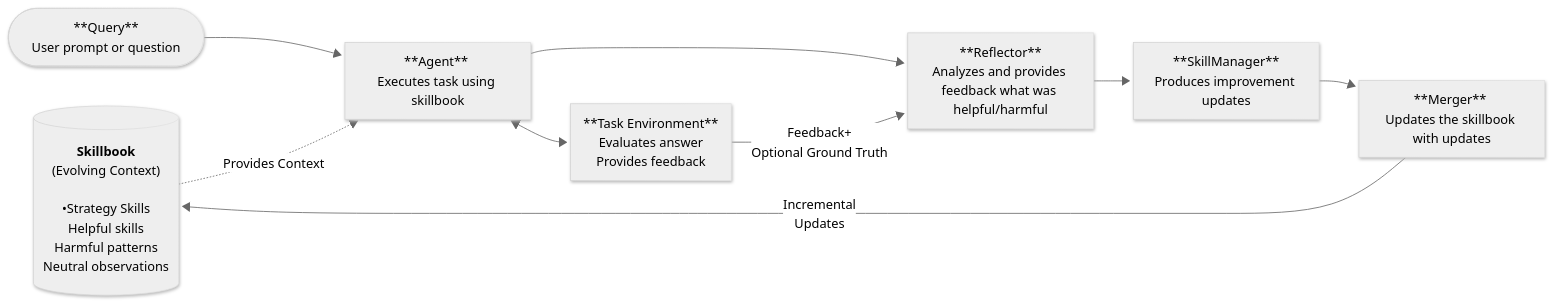
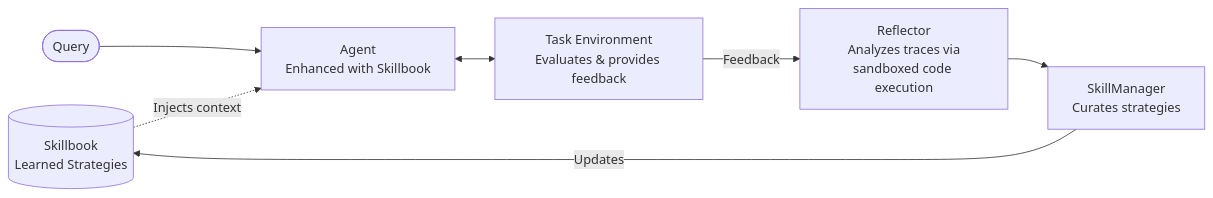
The diagram in README.md (kayba-ai/agentic-context-engine), drawn with Mermaid before and after one commit. The commit also changed other lines of this file and 1 other file, not shown here.

````diff
--- a/README.md
+++ b/README.md
@@ -336,18 +168,10 @@
 ```mermaid
----
-config:
-  look: neo
-  theme: neutral
----
 flowchart LR
-    Skillbook[("`**Skillbook**<br>(Evolving Context)<br><br>•Strategy Skills<br> Helpful skills <br> Harmful patterns <br> Neutral observations`")]
-    Start(["**Query** <br>User prompt or question"]) --> Agent["**Agent** <br>Executes task using skillbook"]
-    Agent --> Reflector
-    Skillbook -. Provides Context .-> Agent
-    Environment["**Task Environment**<br>Evaluates answer<br>Provides feedback"] -- Feedback+ <br>Optional Ground Truth --> Reflector
-    Reflector["**Reflector**<br>Analyzes and provides feedback what was helpful/harmful"]
-    Reflector --> SkillManager["**SkillManager**<br>Produces improvement updates"]
-    SkillManager --> UpdateOps["**Merger** <br>Updates the skillbook with updates"]
-    UpdateOps -- Incremental<br>Updates --> Skillbook
-    Agent <--> Environment
+    Skillbook[(Skillbook<br>Learned Strategies)]
+    Start([Query]) --> Agent[Agent<br>Enhanced with Skillbook]
+    Agent <--> Environment[Task Environment<br>Evaluates & provides feedback]
+    Environment -- Feedback --> Reflector[Reflector<br>Analyzes traces via<br>sandboxed code execution]
+    Reflector --> SkillManager[SkillManager<br>Curates strategies]
+    SkillManager -- Updates --> Skillbook
+    Skillbook -. Injects context .-> Agent
 ```
````
